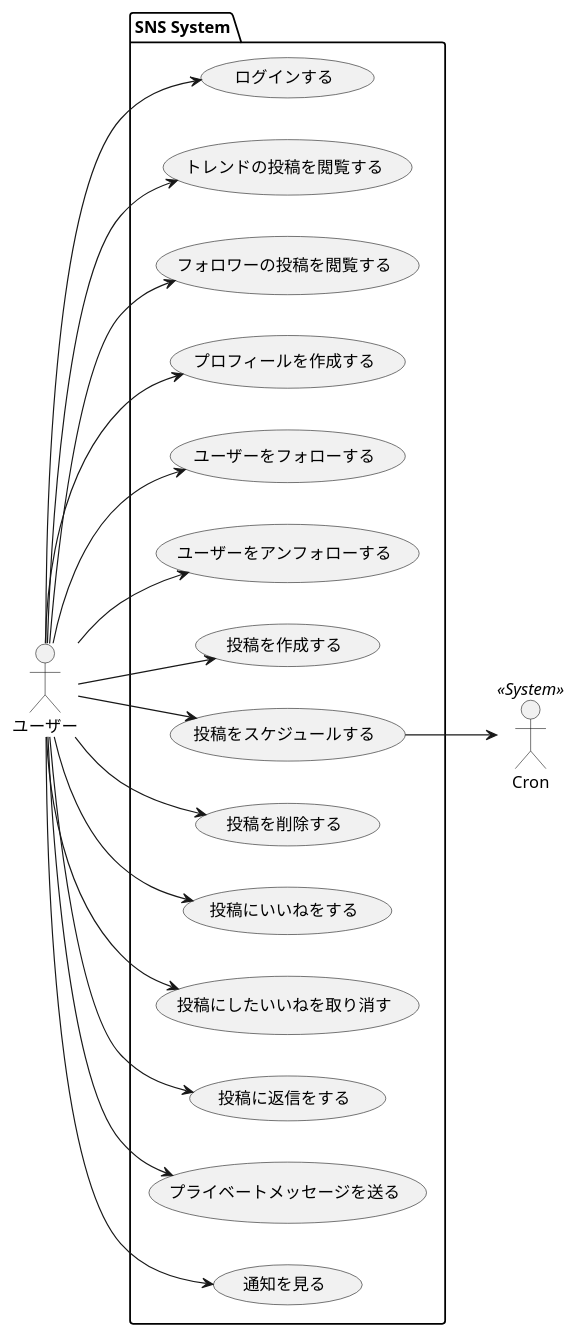
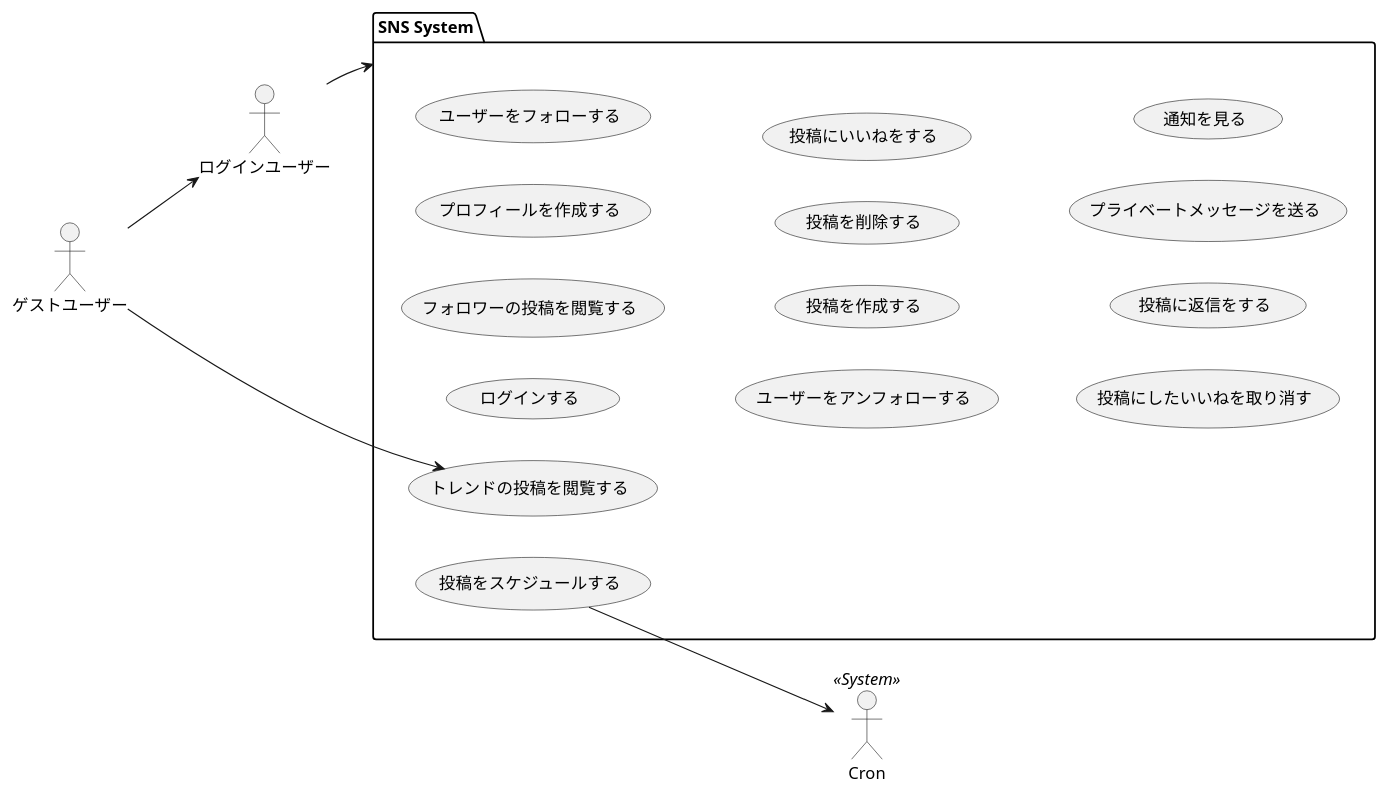
One commit to AkinoJoey/SocialNetworkingService changed the diagram in diagrams/usecases/user_usecase.pu. Above: the diagram before and after it, drawn with PlantUML.

Commit message:
ゲストユーザーを追加。不要な線を減らした

```diff
--- a/diagrams/usecases/user_usecase.pu
+++ b/diagrams/usecases/user_usecase.pu
@@ -1,41 +1,31 @@
 @startuml usecase
 left to right direction
 
-actor ユーザー as u 
+actor ゲストユーザー as guest
+actor ログインユーザー as loginUser
 actor Cron as c << System >>
 
-package "SNS System"{
+package "SNS System" as sns{
     (ログインする) as login
     (トレンドの投稿を閲覧する) as lookTrend
     (フォロワーの投稿を閲覧する) as lookFollower
     (プロフィールを作成する) as profile
     (ユーザーをフォローする) as follow
     (ユーザーをアンフォローする) as unfollow
     (投稿を作成する) as post
     (投稿をスケジュールする) as schedule
     (投稿を削除する) as delete
     (投稿にいいねをする) as good
     (投稿にしたいいねを取り消す) as ungood
     (投稿に返信をする) as reply
     (プライベートメッセージを送る) as private
     (通知を見る) as notification
 }
 
-u --> login
-u --> lookTrend
-u --> lookFollower
-u --> profile
-u --> follow
-u --> unfollow
-u --> post
-u --> schedule
-u --> delete
-u --> good
-u --> ungood
-u --> reply
-u --> private
-u --> notification
+guest --> lookTrend
+guest --> loginUser
+loginUser --> sns
 
 schedule --> c
 
 @enduml
```
